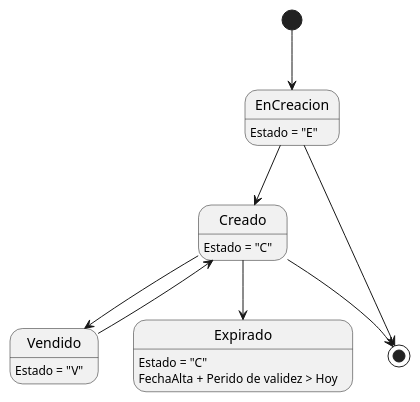
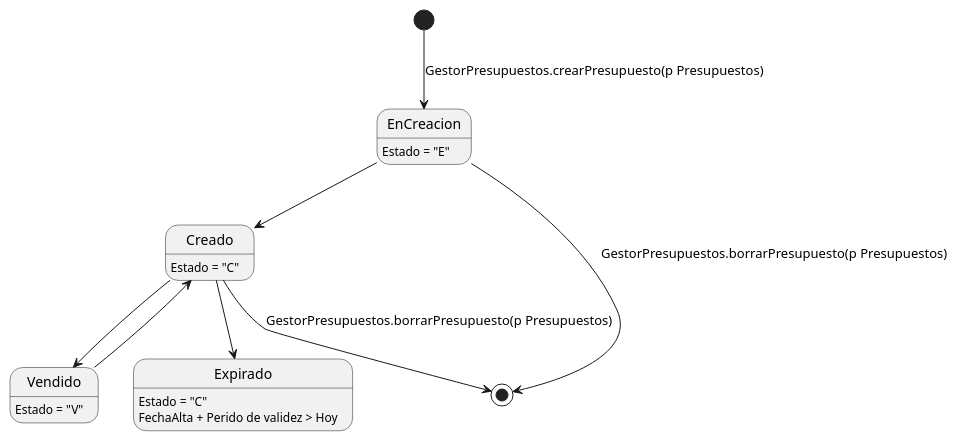
Before and after one commit to ZMGestion/DocumentacionZMGestion: the fourth of 7 diagrams in DiagramasEstado/DiagramaDeEstado.puml, drawn with PlantUML. The commit also changed other lines of this file and 4 other files, not shown here.

Commit message:
Metodos en Diagrama de estados

```diff
--- a/DiagramasEstado/DiagramaDeEstado.puml
+++ b/DiagramasEstado/DiagramaDeEstado.puml
@@ -83,17 +85,17 @@
 @startuml presupuestos
 
 EnCreacion: Estado = "E"
 Creado: Estado = "C"
 Vendido: Estado = "V"
 Expirado: Estado = "C"
 Expirado: FechaAlta + Perido de validez > Hoy
 
-[*] --> EnCreacion
+[*] --> EnCreacion: GestorPresupuestos.crearPresupuesto(p Presupuestos)
 EnCreacion --> Creado
 Creado --> Vendido
 Creado --> Expirado
 Vendido --> Creado
-EnCreacion --> [*]
-Creado --> [*]
+EnCreacion --> [*]: GestorPresupuestos.borrarPresupuesto(p Presupuestos)
+Creado --> [*]: GestorPresupuestos.borrarPresupuesto(p Presupuestos)
 
 @enduml
```
